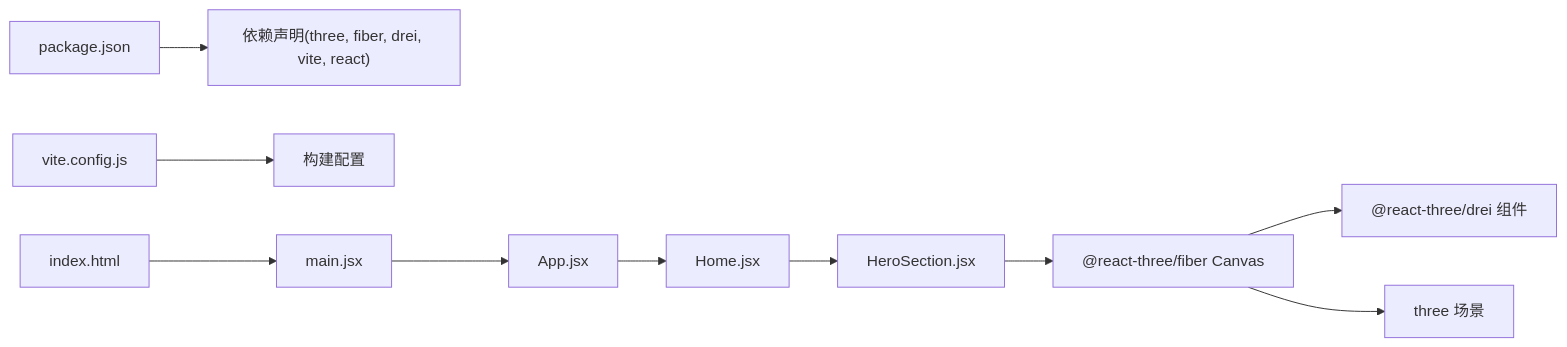
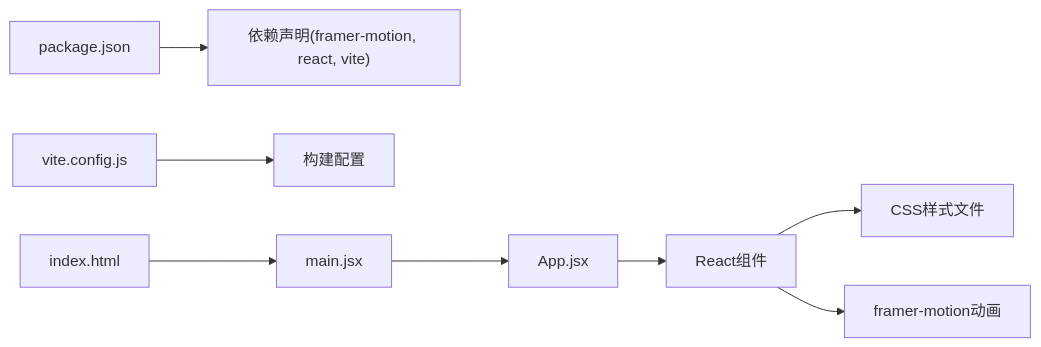
The fourth of 4 diagrams in .qoder/repowiki/zh/content/3D渲染系统/3D渲染系统.md (lithos666/lithos666.github.io), drawn with Mermaid before and after one commit. The commit also changed other lines of this file and 51 other files, not shown here.

````diff
--- a/.qoder/repowiki/zh/content/3D渲染系统/3D渲染系统.md
+++ b/.qoder/repowiki/zh/content/3D渲染系统/3D渲染系统.md
@@ -352,12 +227,10 @@
 ```mermaid
 graph LR
-Pkg["package.json"] --> Deps["依赖声明(three, fiber, drei, vite, react)"]
+Pkg["package.json"] --> Deps["依赖声明(framer-motion, react, vite)"]
 Vite["vite.config.js"] --> Build["构建配置"]
 HTML["index.html"] --> Main["main.jsx"]
 Main --> App["App.jsx"]
-App --> Home["Home.jsx"]
-Home --> Hero["HeroSection.jsx"]
-Hero --> Fiber["@react-three/fiber Canvas"]
-Fiber --> Drei["@react-three/drei 组件"]
-Fiber --> Three["three 场景"]
+App --> Components["React组件"]
+Components --> CSS["CSS样式文件"]
+Components --> Motion["framer-motion动画"]
 ```
````
